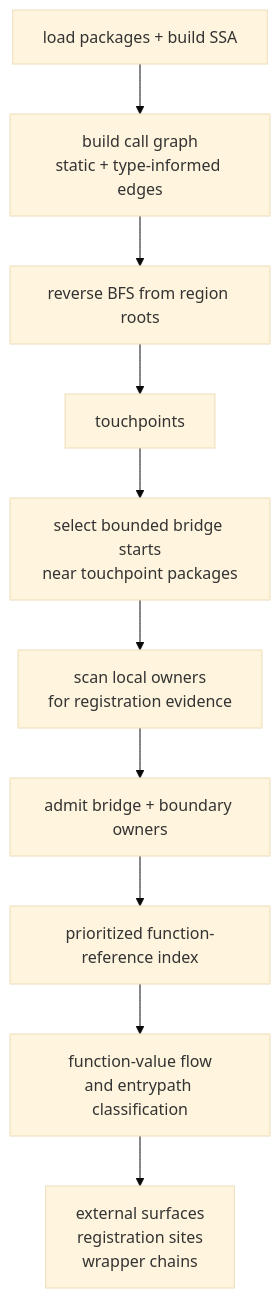
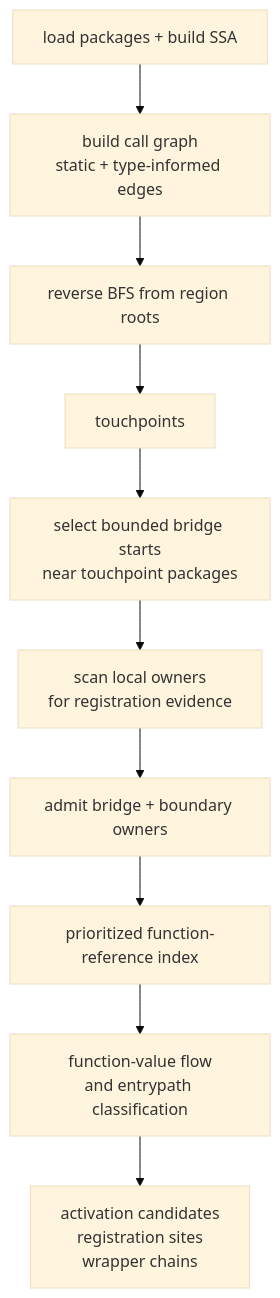
The third of 3 diagrams in docs/site/docs/entrypath-bridge.md (tgoodwin/monolift), drawn with Mermaid (base theme) before and after one commit. The commit also changed other lines of this file and 5 other files, not shown here.

````diff
--- a/docs/site/docs/entrypath-bridge.md
+++ b/docs/site/docs/entrypath-bridge.md
@@ -131,12 +202,12 @@
 ```mermaid
 flowchart TD
     A["load packages + build SSA"] --> B["build call graph<br/>static + type-informed edges"]
     B --> C["reverse BFS from region roots"]
     C --> D["touchpoints"]
     D --> E["select bounded bridge starts<br/>near touchpoint packages"]
     E --> F["scan local owners<br/>for registration evidence"]
     F --> G["admit bridge + boundary owners"]
     G --> H["prioritized function-reference index"]
     H --> I["function-value flow<br/>and entrypath classification"]
-    I --> J["external surfaces<br/>registration sites<br/>wrapper chains"]
+    I --> J["activation candidates<br/>registration sites<br/>wrapper chains"]
 ```
````
